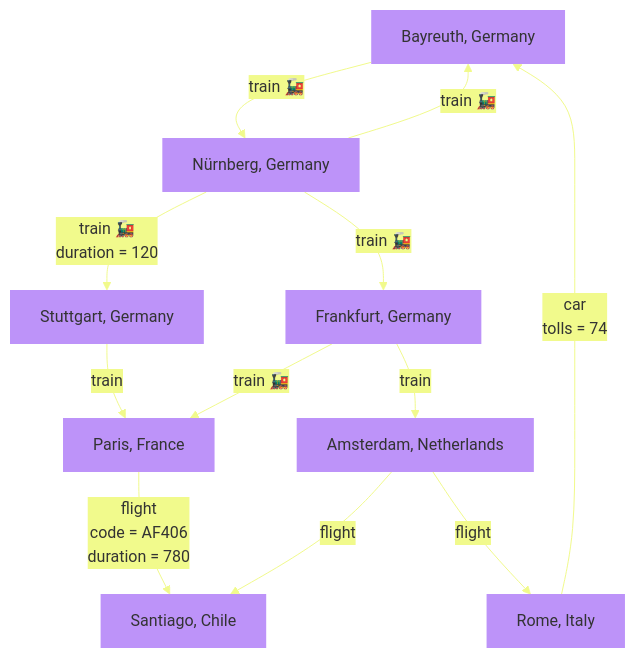
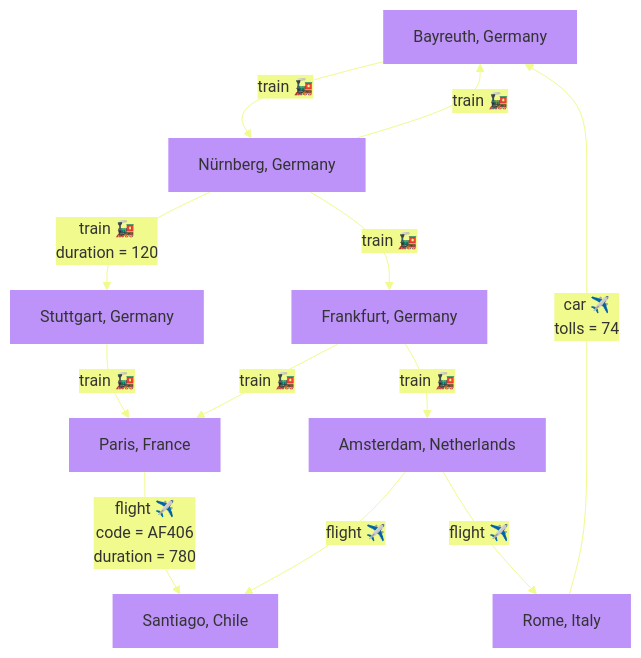
Before and after one commit to saqib-ali/docs: the diagram in docs/querying/for.mdx, drawn with Mermaid.

Commit message:
Documentation edits made through Mintlify web editor

````diff
--- a/docs/querying/for.mdx
+++ b/docs/querying/for.mdx
@@ -5,28 +5,28 @@
 ```mermaid
 %%{init: {'theme':'base', 'themeVariables': {'lineColor':'#F1FA8C','secondaryColor':'#F1FA8C','background':'#282A36'}}}%%
 graph TB
     n1[Bayreuth, Germany]
     n2[Nürnberg, Germany]
     n3[Stuttgart, Germany]
     n4[Frankfurt, Germany]
     n5[Paris, France]
     n6[Amsterdam, Netherlands]
     n7[Rome, Italy]
     n8[Santiago, Chile]
     n1 -->|train 🚂| n2
     n2 -->|train 🚂| n1
     n2 -->|train 🚂 <br/>duration = 120| n3
     n2 -->|train 🚂| n4
     n4 -->|train 🚂| n5
-    n3 -->|train| n5
-    n5 -->|flight<br/>code = AF406<br/>duration = 780| n8
-    n6 -->|flight| n8
-    n6 -->|flight| n7
-    n7 -->|car<br/>tolls = 74| n1
-    n4 -->|train| n6
+    n3 -->|train 🚂| n5
+    n5 -->|flight ✈️<br/>code = AF406<br/>duration = 780| n8
+    n6 -->|flight ✈️| n8
+    n6 -->|flight ✈️| n7
+    n7 -->|car ✈️<br/>tolls = 74| n1
+    n4 -->|train 🚂| n6
 
 
     classDef cityNode fill:#BD93F9,stroke-width:0px
     class n1,n2,n3,n4,n5,n6,n7,n8 cityNode
     
 ```
````
